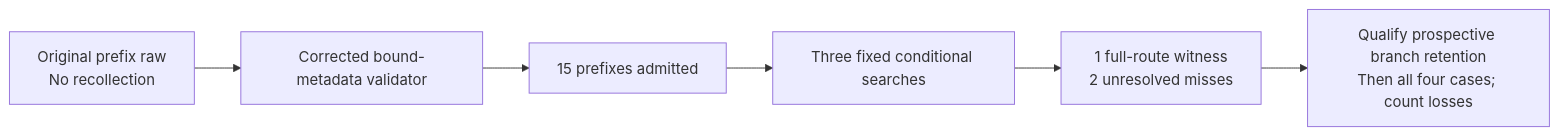
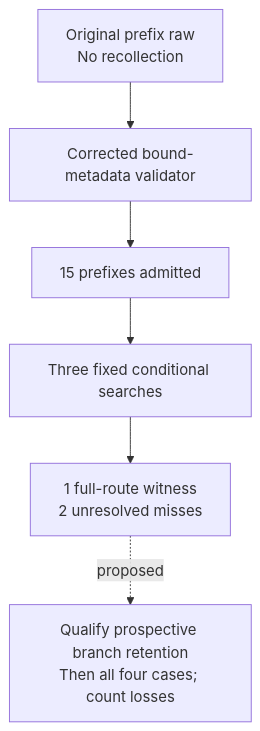
Before and after one commit to manfromnowhere143/sentinel: the tenth of 10 diagrams in docs/ARCHITECTURE.md, drawn with Mermaid. The commit also changed other lines of this file and 8 other files, not shown here.

Commit message:
Present the complete Sentinel research record and prospective branch-retention test

````diff
--- a/docs/ARCHITECTURE.md
+++ b/docs/ARCHITECTURE.md
@@ -703,8 +725,10 @@
 ```mermaid
-flowchart LR
+flowchart TB
+  accTitle: Corrected conditional continuation audit
+  accDescr: Independent admission yields one witness and two bounded misses.
   A["Original prefix raw<br/>No recollection"] --> B["Corrected bound-metadata validator"]
   B --> C["15 prefixes admitted"]
   C --> D["Three fixed conditional searches"]
   D --> E["1 full-route witness<br/>2 unresolved misses"]
-  E --> F["Qualify prospective branch retention<br/>Then all four cases; count losses"]
+  E -. "proposed" .-> F["Qualify prospective branch retention<br/>Then all four cases; count losses"]
 ```
````
